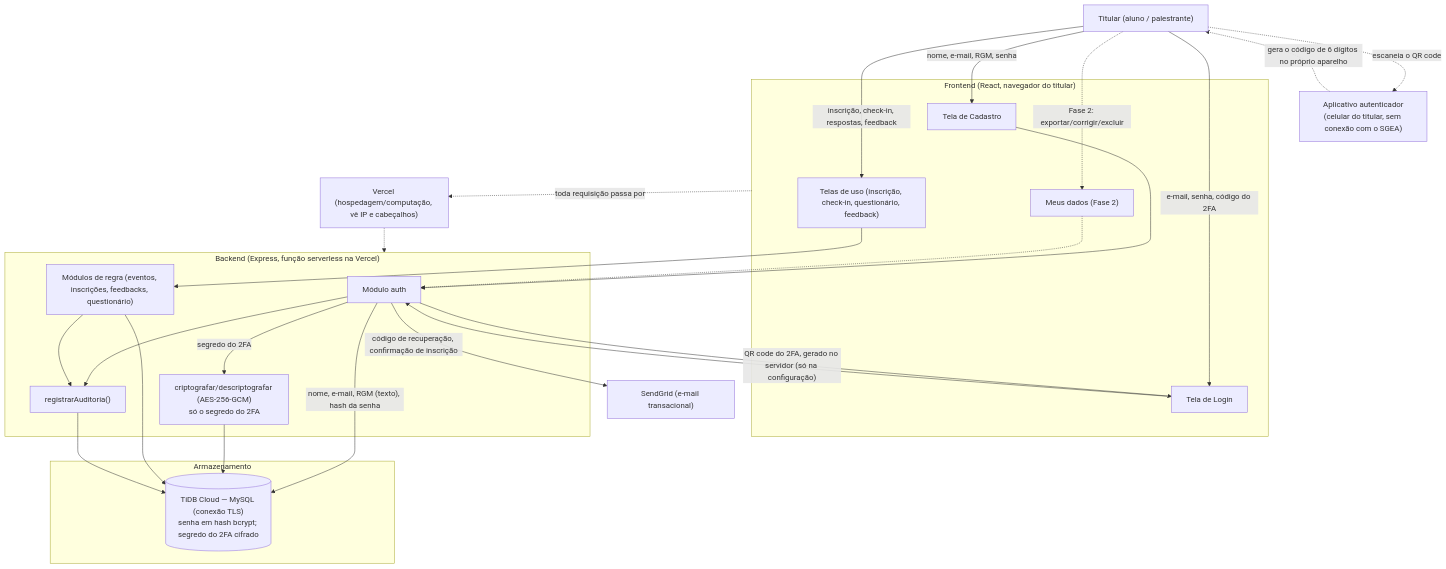
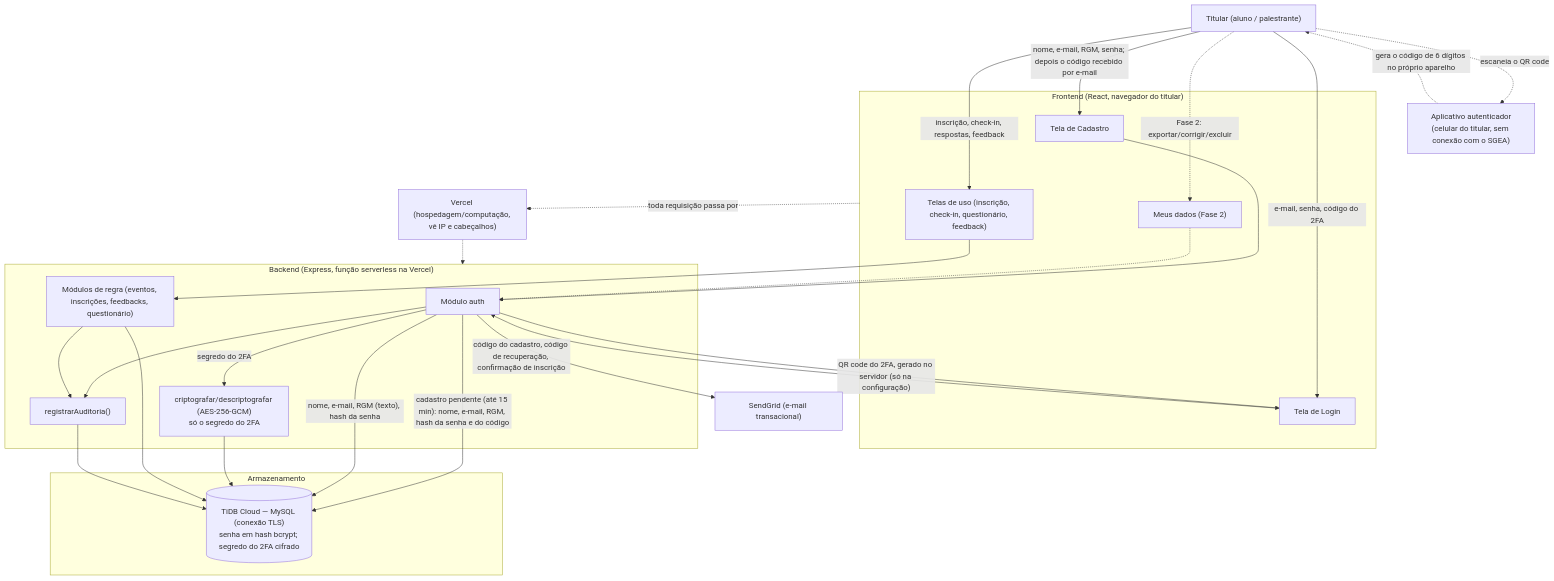
One commit to CaiqueCrepaldi/SistemaGestaoEventosAcademicos changed the diagram in docs/lgpd/01-inventario-e-fluxo-de-dados.md. Above: the diagram before and after it, drawn with Mermaid. The commit also changed other lines of this file and 42 other files, not shown here.

Commit message:
Confirmacao de e-mail no cadastro, e-mail fixo, regra de senha, confirmacao ao sair

````diff
--- a/docs/lgpd/01-inventario-e-fluxo-de-dados.md
+++ b/docs/lgpd/01-inventario-e-fluxo-de-dados.md
@@ -179,43 +219,44 @@
 ```mermaid
 flowchart TD
     Titular["Titular (aluno / palestrante)"]
 
     subgraph Frontend["Frontend (React, navegador do titular)"]
         Cadastro["Tela de Cadastro"]
         Login["Tela de Login"]
         Uso["Telas de uso (inscrição, check-in, questionário, feedback)"]
         MeusDados["Meus dados (Fase 2)"]
     end
 
     subgraph Backend["Backend (Express, função serverless na Vercel)"]
         Auth["Módulo auth"]
         Cripto["criptografar/descriptografar (AES-256-GCM)\nsó o segredo do 2FA"]
         Regras["Módulos de regra (eventos, inscrições, feedbacks, questionário)"]
         Auditoria["registrarAuditoria()"]
     end
 
     subgraph Dados["Armazenamento"]
         TiDB[("TiDB Cloud — MySQL (conexão TLS)\nsenha em hash bcrypt; segredo do 2FA cifrado")]
     end
 
     Terceiros["SendGrid (e-mail transacional)"]
     Vercel["Vercel (hospedagem/computação, vê IP e cabeçalhos)"]
     AppAutenticador["Aplicativo autenticador\n(celular do titular, sem conexão com o SGEA)"]
 
-    Titular -->|"nome, e-mail, RGM, senha"| Cadastro --> Auth
+    Titular -->|"nome, e-mail, RGM, senha; depois o código recebido por e-mail"| Cadastro --> Auth
     Titular -->|"e-mail, senha, código do 2FA"| Login --> Auth
     Auth -->|"QR code do 2FA, gerado no servidor (só na configuração)"| Login
     Titular -.->|"escaneia o QR code"| AppAutenticador
     AppAutenticador -.->|"gera o código de 6 dígitos no próprio aparelho"| Titular
     Titular -->|"inscrição, check-in, respostas, feedback"| Uso --> Regras
     Titular -.->|"Fase 2: exportar/corrigir/excluir"| MeusDados -.-> Auth
 
+    Auth -->|"cadastro pendente (até 15 min): nome, e-mail, RGM, hash da senha e do código"| TiDB
     Auth -->|"nome, e-mail, RGM (texto), hash da senha"| TiDB
     Auth -->|"segredo do 2FA"| Cripto --> TiDB
     Regras --> TiDB
     Auth --> Auditoria --> TiDB
     Regras --> Auditoria
 
-    Auth -->|"código de recuperação, confirmação de inscrição"| Terceiros
+    Auth -->|"código do cadastro, código de recuperação, confirmação de inscrição"| Terceiros
     Frontend -.->|"toda requisição passa por"| Vercel -.-> Backend
 ```
````
